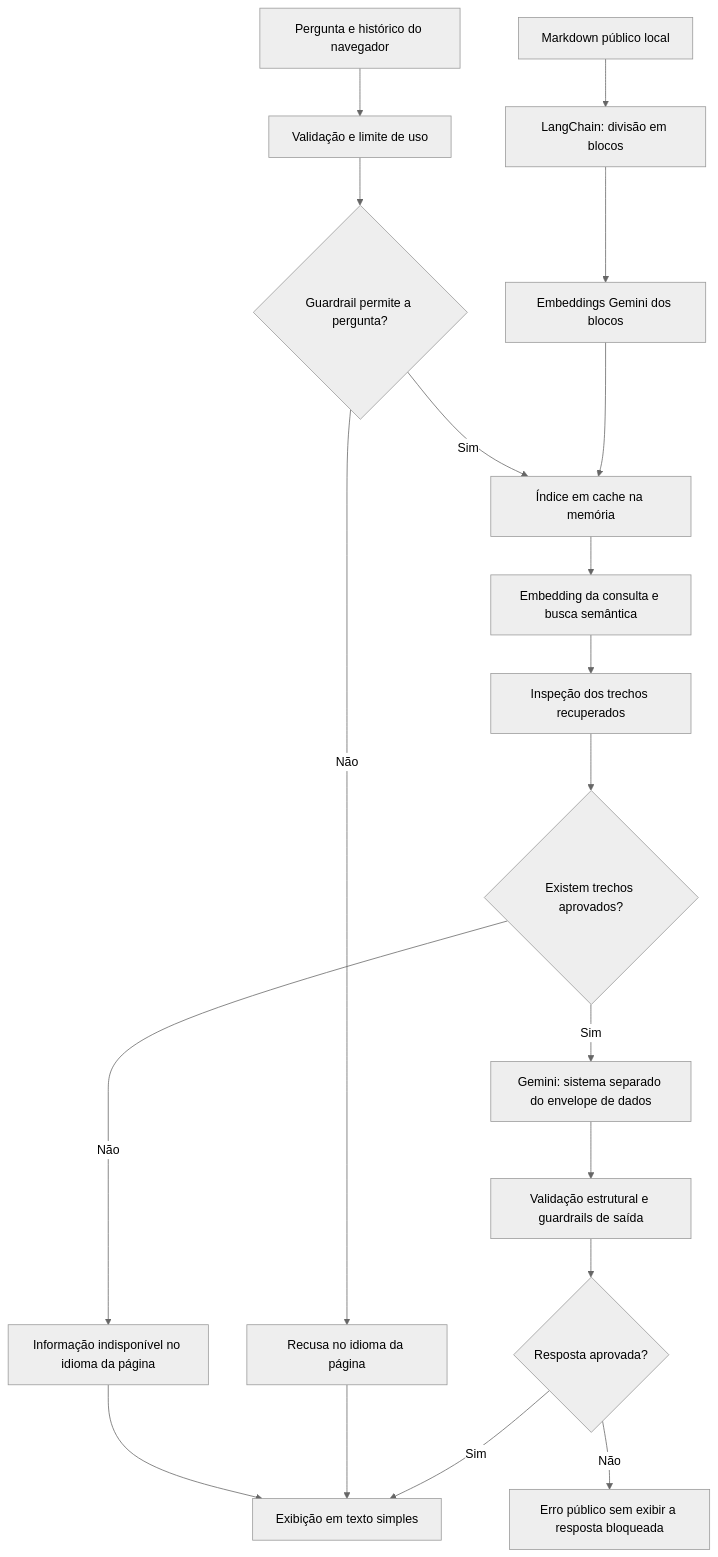
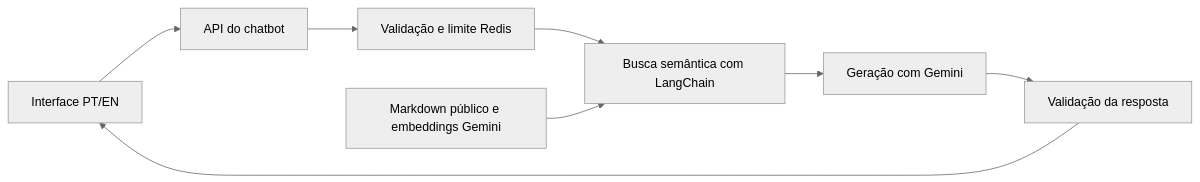
One commit to alexandrinodev/portfolio changed the diagram in README.md. Above: the diagram before and after it, drawn with Mermaid (neutral theme). The commit also changed other lines of this file and 1 other file, not shown here.

````diff
--- a/README.md
+++ b/README.md
@@ -77,21 +43,10 @@
 ```mermaid
-flowchart TD
-    A[Markdown público local] --> B[LangChain: divisão em blocos]
-    B --> C[Embeddings Gemini dos blocos]
-    C --> D[Índice em cache na memória]
-    E[Pergunta e histórico do navegador] --> F[Validação e limite de uso]
-    F --> G{Guardrail permite a pergunta?}
-    G -->|Não| R[Recusa no idioma da página]
-    G -->|Sim| D
-    D --> H[Embedding da consulta e busca semântica]
-    H --> I[Inspeção dos trechos recuperados]
-    I --> J{Existem trechos aprovados?}
-    J -->|Não| S[Informação indisponível no idioma da página]
-    J -->|Sim| K[Gemini: sistema separado do envelope de dados]
-    K --> L[Validação estrutural e guardrails de saída]
-    L --> M{Resposta aprovada?}
-    M -->|Sim| N[Exibição em texto simples]
-    M -->|Não| O[Erro público sem exibir a resposta bloqueada]
-    R --> N
-    S --> N
+flowchart LR
+    A[Interface PT/EN] --> B[API do chatbot]
+    B --> C[Validação e limite Redis]
+    C --> D[Busca semântica com LangChain]
+    E[Markdown público e embeddings Gemini] --> D
+    D --> F[Geração com Gemini]
+    F --> G[Validação da resposta]
+    G --> A
 ```
````
